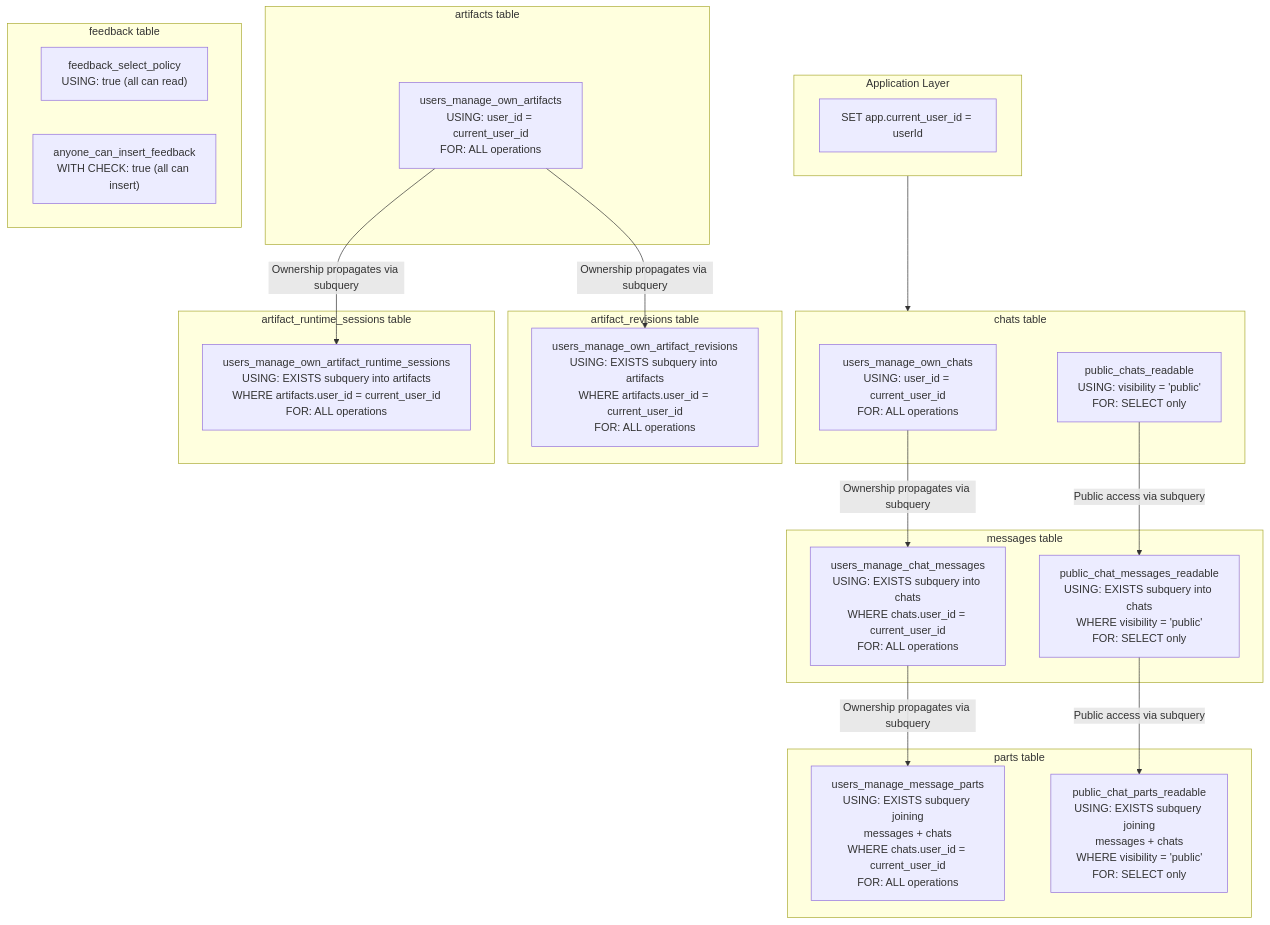
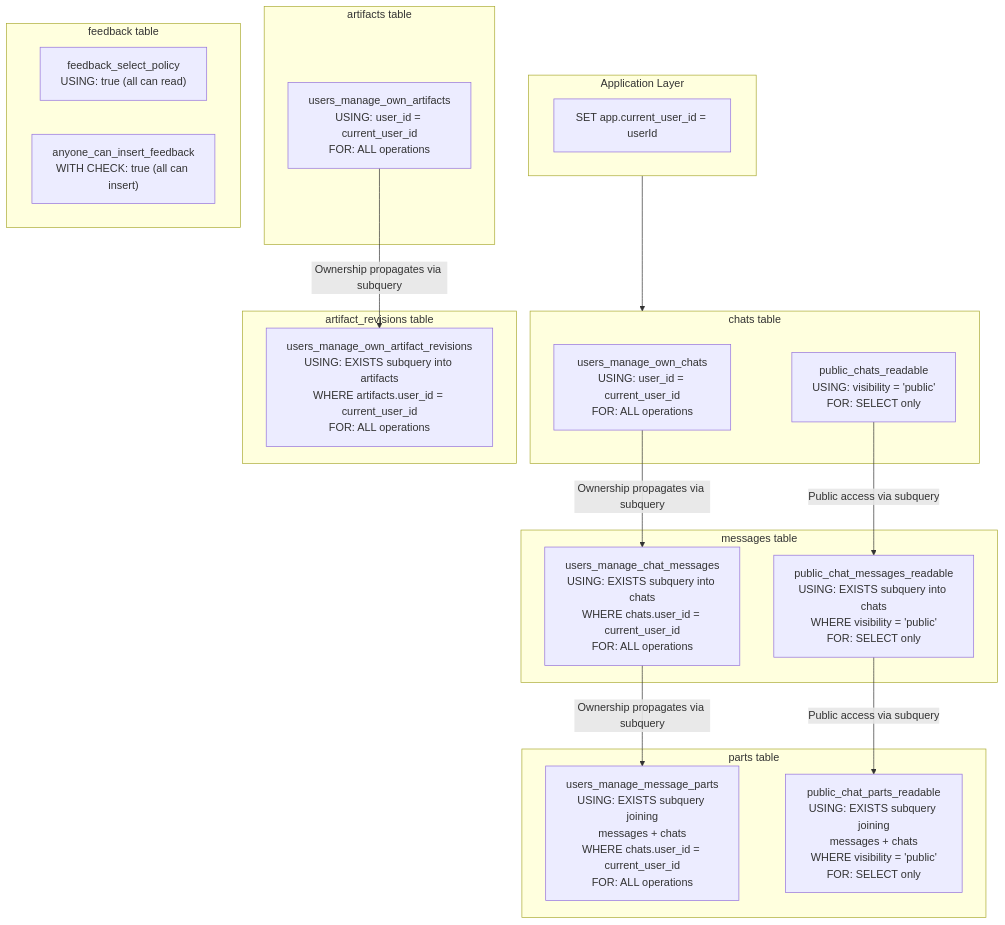
Before and after one commit to NickB03/polymorph: the tenth of 10 diagrams in docs/architecture/OVERVIEW.md, drawn with Mermaid. The commit also changed other lines of this file and 20 other files, not shown here.

````diff
--- a/docs/architecture/OVERVIEW.md
+++ b/docs/architecture/OVERVIEW.md
@@ -689,46 +675,42 @@
 ```mermaid
 graph TD
     subgraph AppLayer["Application Layer"]
         SetUser["SET app.current_user_id = userId"]
     end
 
     subgraph ChatsRLS["chats table"]
         OwnChats["users_manage_own_chats<br/>USING: user_id = current_user_id<br/>FOR: ALL operations"]
         PublicChats["public_chats_readable<br/>USING: visibility = 'public'<br/>FOR: SELECT only"]
     end
 
     subgraph MessagesRLS["messages table"]
         OwnMessages["users_manage_chat_messages<br/>USING: EXISTS subquery into chats<br/>WHERE chats.user_id = current_user_id<br/>FOR: ALL operations"]
         PublicMessages["public_chat_messages_readable<br/>USING: EXISTS subquery into chats<br/>WHERE visibility = 'public'<br/>FOR: SELECT only"]
     end
 
     subgraph PartsRLS["parts table"]
         OwnParts["users_manage_message_parts<br/>USING: EXISTS subquery joining<br/>messages + chats<br/>WHERE chats.user_id = current_user_id<br/>FOR: ALL operations"]
         PublicParts["public_chat_parts_readable<br/>USING: EXISTS subquery joining<br/>messages + chats<br/>WHERE visibility = 'public'<br/>FOR: SELECT only"]
     end
 
     subgraph ArtifactsRLS["artifacts table"]
         OwnArtifacts["users_manage_own_artifacts<br/>USING: user_id = current_user_id<br/>FOR: ALL operations"]
     end
 
     subgraph ArtifactRevisionsRLS["artifact_revisions table"]
         OwnRevisions["users_manage_own_artifact_revisions<br/>USING: EXISTS subquery into artifacts<br/>WHERE artifacts.user_id = current_user_id<br/>FOR: ALL operations"]
     end
 
-    subgraph ArtifactSessionsRLS["artifact_runtime_sessions table"]
-        OwnSessions["users_manage_own_artifact_runtime_sessions<br/>USING: EXISTS subquery into artifacts<br/>WHERE artifacts.user_id = current_user_id<br/>FOR: ALL operations"]
-    end
 
     subgraph FeedbackRLS["feedback table"]
         FeedbackSelect["feedback_select_policy<br/>USING: true (all can read)"]
         FeedbackInsert["anyone_can_insert_feedback<br/>WITH CHECK: true (all can insert)"]
     end
 
     AppLayer --> ChatsRLS
     OwnChats -->|"Ownership propagates via subquery"| OwnMessages
     OwnMessages -->|"Ownership propagates via subquery"| OwnParts
     OwnArtifacts -->|"Ownership propagates via subquery"| OwnRevisions
-    OwnArtifacts -->|"Ownership propagates via subquery"| OwnSessions
     PublicChats -->|"Public access via subquery"| PublicMessages
     PublicMessages -->|"Public access via subquery"| PublicParts
 ```
````
